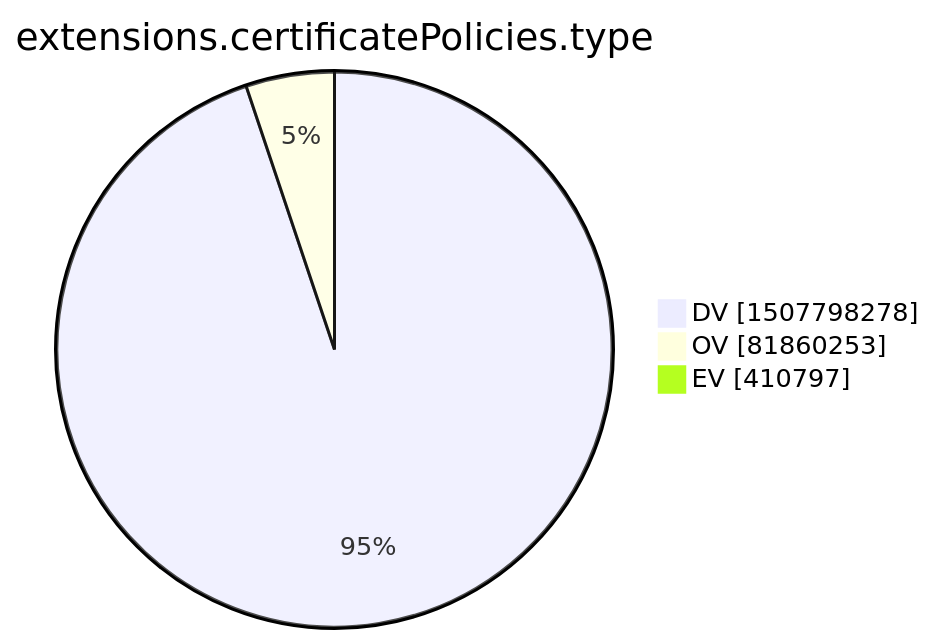
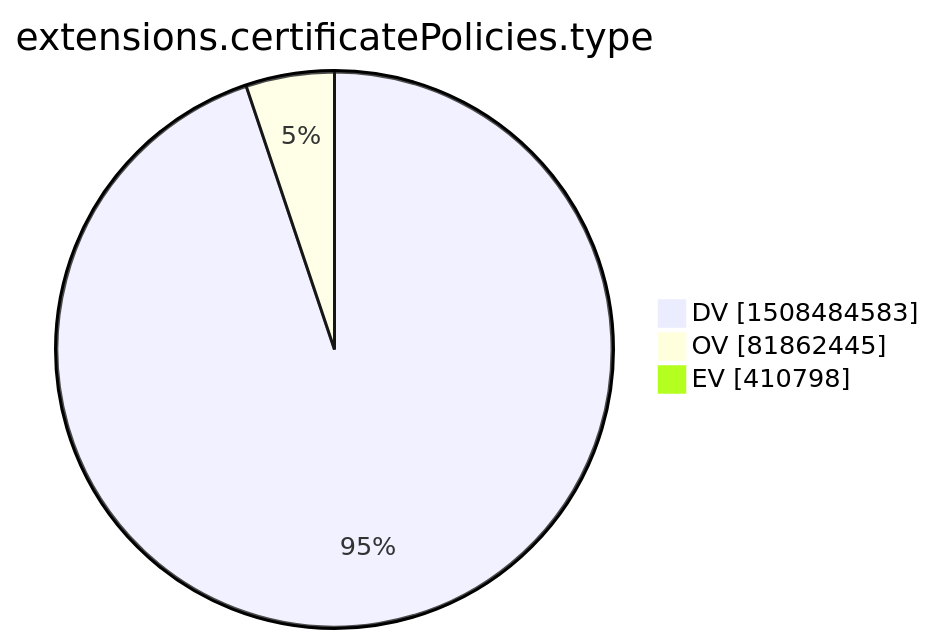
The tenth of 15 diagrams in xenon2022/README.md (christiankrug/ctmonitor_visualization), drawn with Mermaid before and after one commit. The commit also changed other lines of this file, not shown here.

````diff
--- a/xenon2022/README.md
+++ b/xenon2022/README.md
@@ -2875,7 +2875,7 @@
 ```mermaid
 pie showData
 title extensions.certificatePolicies.type
-"DV" :1507798278
-"OV" :81860253
-"EV" :410797
+"DV" :1508484583
+"OV" :81862445
+"EV" :410798
 ```
````
